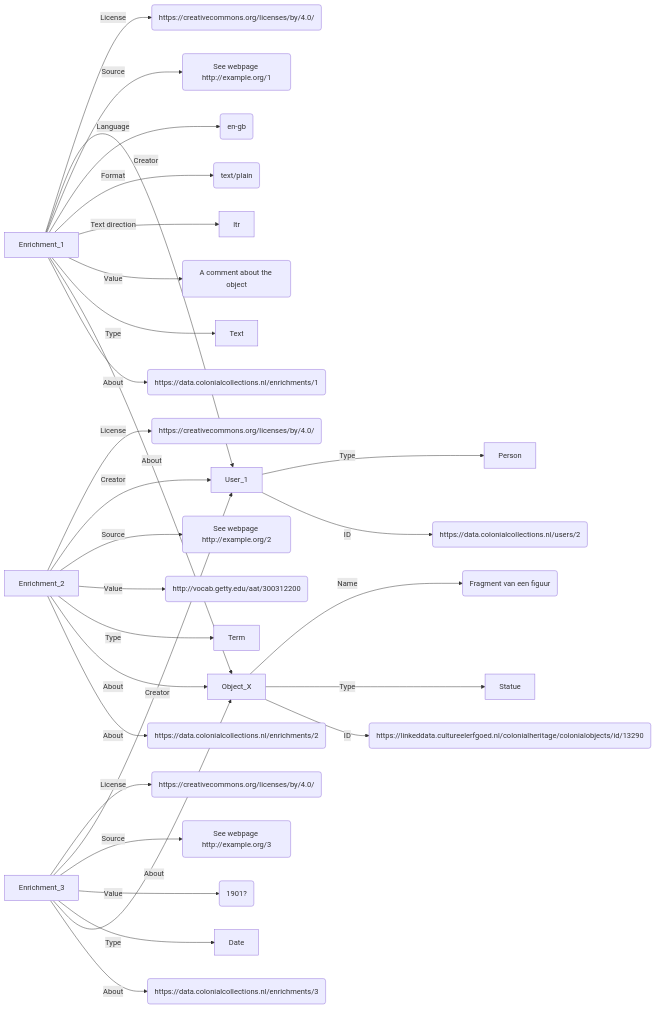
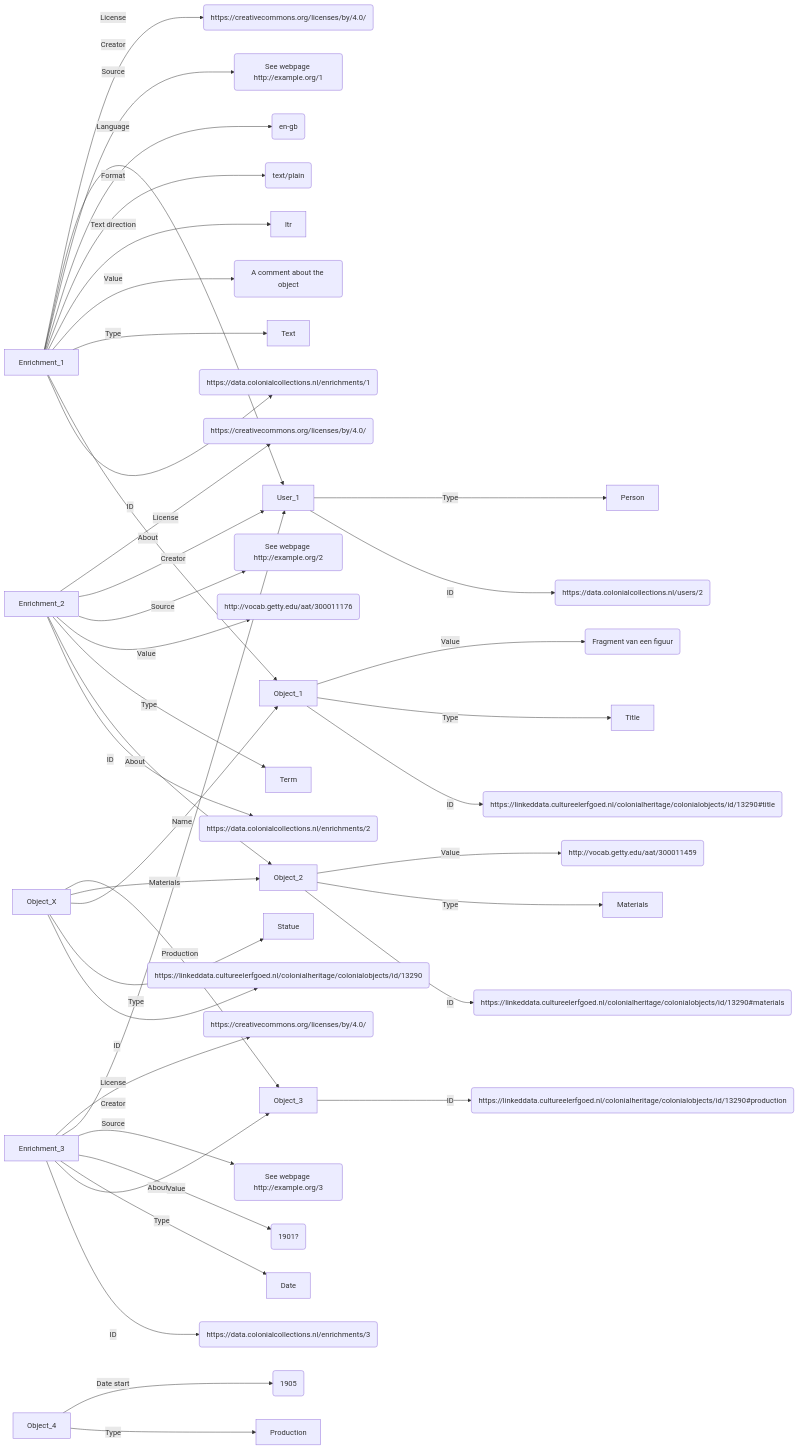
One commit to colonial-heritage/data-models changed the diagram in user-enrichments/conceptual.md. Above: the diagram before and after it, drawn with Mermaid. The commit also changed other lines of this file, not shown here.

````diff
--- a/user-enrichments/conceptual.md
+++ b/user-enrichments/conceptual.md
@@ -62,36 +63,50 @@
 ```mermaid
 graph LR
-  Enrichment_1 -- About --> id1(https://data.colonialcollections.nl/enrichments/1)
-  Enrichment_1 -- About --> Object_X
+  Enrichment_1 -- ID --> id1(https://data.colonialcollections.nl/enrichments/1)
+  Enrichment_1 -- About --> Object_1
   Enrichment_1 -- Type --> Text
   Enrichment_1 -- Value --> value1(A comment about the object)
   Enrichment_1 -- "Text direction" --> ltr
   Enrichment_1 -- Format --> format1(text/plain)
   Enrichment_1 -- Language --> lang1(en-gb)
   Enrichment_1 -- Source --> source1(See webpage http://example.org/1)
   Enrichment_1 -- Creator --> User_1
   Enrichment_1 -- License --> license1(https://creativecommons.org/licenses/by/4.0/)
 
-  Enrichment_2 -- About --> id2(https://data.colonialcollections.nl/enrichments/2)
-  Enrichment_2 -- About --> Object_X
+  Enrichment_2 -- ID --> id2(https://data.colonialcollections.nl/enrichments/2)
+  Enrichment_2 -- About --> Object_2
   Enrichment_2 -- Type --> Term
-  Enrichment_2 -- Value --> value2(http://vocab.getty.edu/aat/300312200)
+  Enrichment_2 -- Value --> value2(http://vocab.getty.edu/aat/300011176)
   Enrichment_2 -- Source --> source2(See webpage http://example.org/2)
   Enrichment_2 -- Creator --> User_1
   Enrichment_2 -- License --> license2(https://creativecommons.org/licenses/by/4.0/)
 
-  Enrichment_3 -- About --> id3(https://data.colonialcollections.nl/enrichments/3)
-  Enrichment_3 -- About --> Object_X
+  Enrichment_3 -- ID --> id3(https://data.colonialcollections.nl/enrichments/3)
+  Enrichment_3 -- About --> Object_3
   Enrichment_3 -- Type --> Date
   Enrichment_3 -- Value --> value3(1901?)
   Enrichment_3 -- Source --> source3(See webpage http://example.org/3)
   Enrichment_3 -- Creator --> User_1
   Enrichment_3 -- License --> license3(https://creativecommons.org/licenses/by/4.0/)
 
-  Object_X -- ID --> id4(https://linkeddata.cultureelerfgoed.nl/colonialheritage/colonialobjects/id/13290)
+  Object_1 -- ID --> id4(https://linkeddata.cultureelerfgoed.nl/colonialheritage/colonialobjects/id/13290#title)
+  Object_1 -- Type --> Title
+  Object_1 -- Value --> name1(Fragment van een figuur)
+
+  Object_2 -- ID --> id5(https://linkeddata.cultureelerfgoed.nl/colonialheritage/colonialobjects/id/13290#materials)
+  Object_2 -- Type --> Materials
+  Object_2 -- Value --> value4(http://vocab.getty.edu/aat/300011459)
+
+  Object_3 -- ID --> id6(https://linkeddata.cultureelerfgoed.nl/colonialheritage/colonialobjects/id/13290#production)
+  Object_4 -- Type --> Production
+  Object_4 -- "Date start" --> date(1905)
+
+  Object_X -- ID --> id7(https://linkeddata.cultureelerfgoed.nl/colonialheritage/colonialobjects/id/13290)
   Object_X -- Type --> Statue
-  Object_X -- Name --> name1(Fragment van een figuur)
+  Object_X -- Name --> Object_1
+  Object_X -- Materials --> Object_2
+  Object_X -- Production --> Object_3
 
-  User_1 -- ID --> id5(https://data.colonialcollections.nl/users/2)
+  User_1 -- ID --> id8(https://data.colonialcollections.nl/users/2)
   User_1 -- Type --> Person
 ```
````
